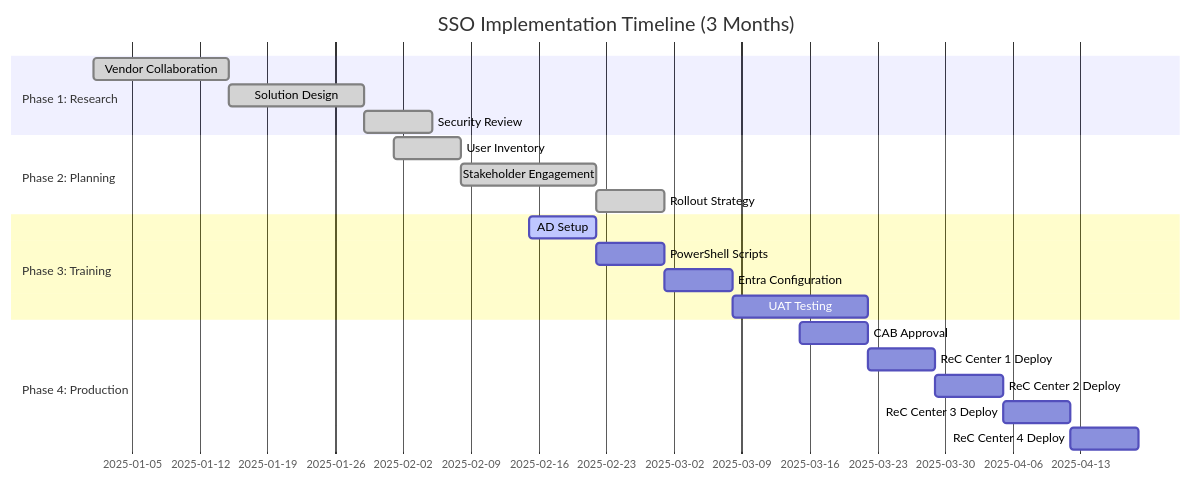
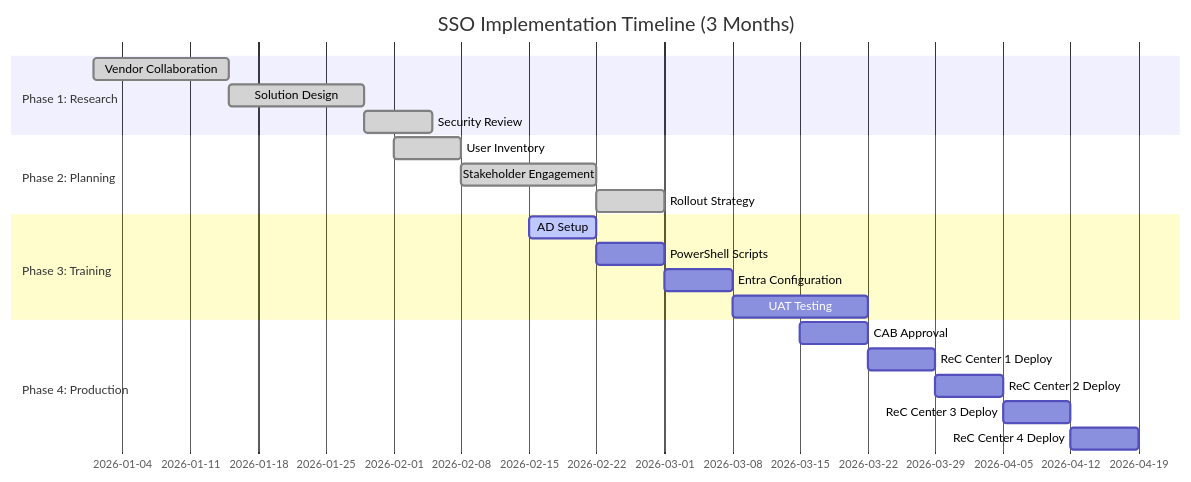
Before and after one commit to data-octo/data-octo.github.io: the second of 3 diagrams in docs/blog/2026-01-25-entra-sso.md, drawn with Mermaid.

Commit message:
Add books

````diff
--- a/docs/blog/2026-01-25-entra-sso.md
+++ b/docs/blog/2026-01-25-entra-sso.md
@@ -104,27 +104,27 @@
 ```mermaid
 gantt
     title SSO Implementation Timeline (3 Months)
     dateFormat  YYYY-MM-DD
     section Phase 1: Research
-    Vendor Collaboration      :done, research1, 2025-01-01, 2w
+    Vendor Collaboration      :done, research1, 2026-01-01, 2w
     Solution Design          :done, research2, after research1, 2w
     Security Review          :done, research3, after research2, 1w
 
     section Phase 2: Planning
-    User Inventory           :done, plan1, 2025-02-01, 1w
+    User Inventory           :done, plan1, 2026-02-01, 1w
     Stakeholder Engagement   :done, plan2, after plan1, 2w
     Rollout Strategy         :done, plan3, after plan2, 1w
 
     section Phase 3: Training
-    AD Setup                 :active, train1, 2025-02-15, 1w
+    AD Setup                 :active, train1, 2026-02-15, 1w
     PowerShell Scripts       :train2, after train1, 1w
     Entra Configuration      :train3, after train2, 1w
     UAT Testing              :train4, after train3, 2w
 
     section Phase 4: Production
-    CAB Approval             :prod1, 2025-03-15, 1w
+    CAB Approval             :prod1, 2026-03-15, 1w
     ReC Center 1 Deploy    :prod2, after prod1, 1w
     ReC Center 2 Deploy          :prod3, after prod2, 1w
     ReC Center 3 Deploy       :prod4, after prod3, 1w
     ReC Center 4 Deploy         :prod5, after prod4, 1w
 ```
````
